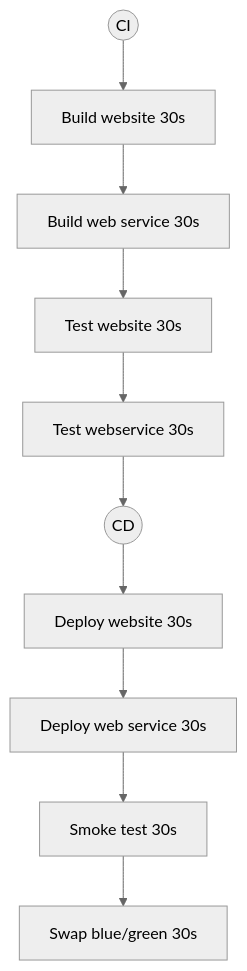
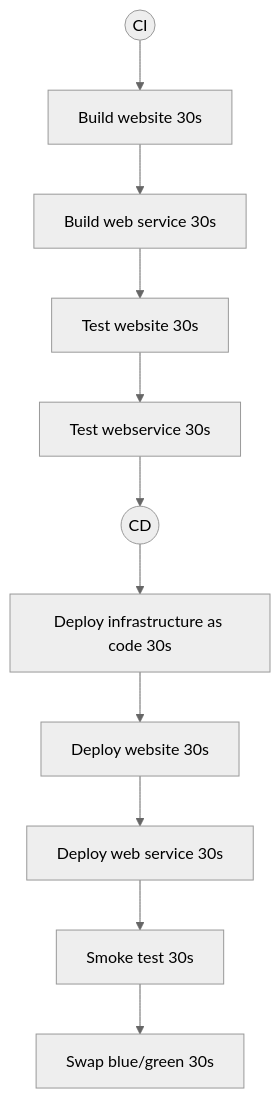
The first of 2 diagrams in README.md (samsmithnz/ParallelPipelinesDemo), drawn with Mermaid (neutral theme) before and after one commit.

````diff
--- a/README.md
+++ b/README.md
@@ -5,5 +5,5 @@
 ```mermaid
   graph TD;
       ci((CI))-->buildweb[Build website 30s]-->buildwebservice[Build web service 30s]-->testWebsite[Test website 30s]-->testsWebservice[Test webservice 30s]-->cd((CD));
-      cd((CD))-->deployWebsite[Deploy website 30s]-->deployWebService[Deploy web service 30s]-->smoke[Smoke test 30s]-->swap[Swap blue/green 30s];
+      cd((CD))-->deployIAC[Deploy infrastructure as code 30s]-->deployWebsite[Deploy website 30s]-->deployWebService[Deploy web service 30s]-->smoke[Smoke test 30s]-->swap[Swap blue/green 30s];
 ```
````
